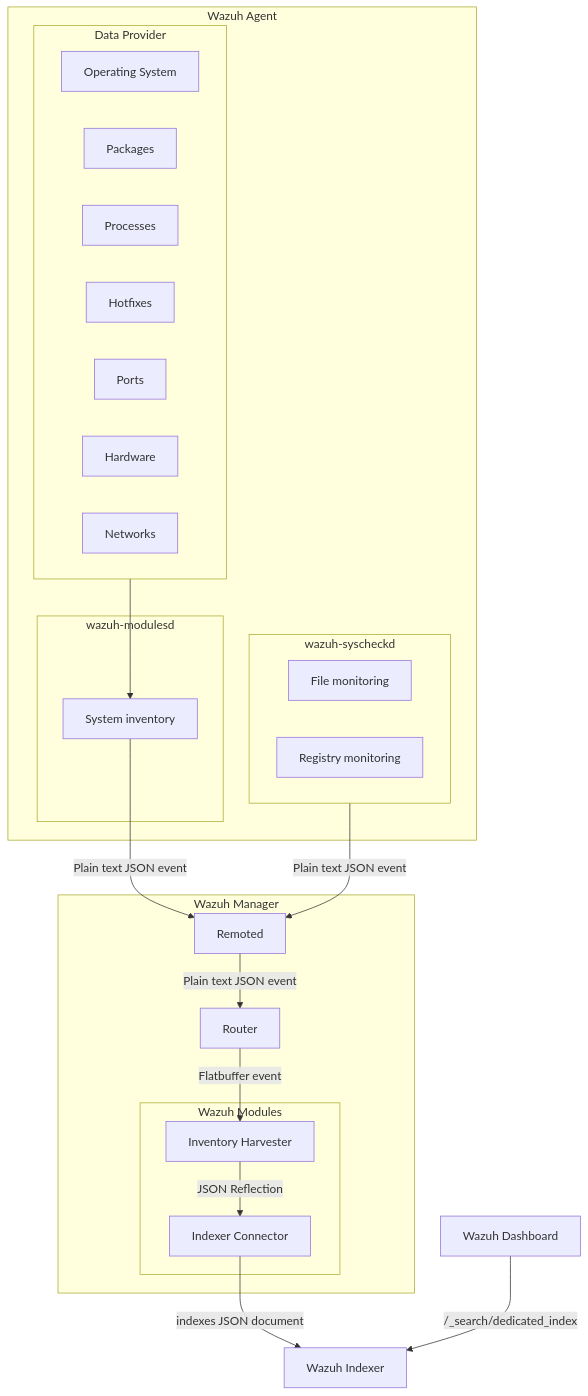
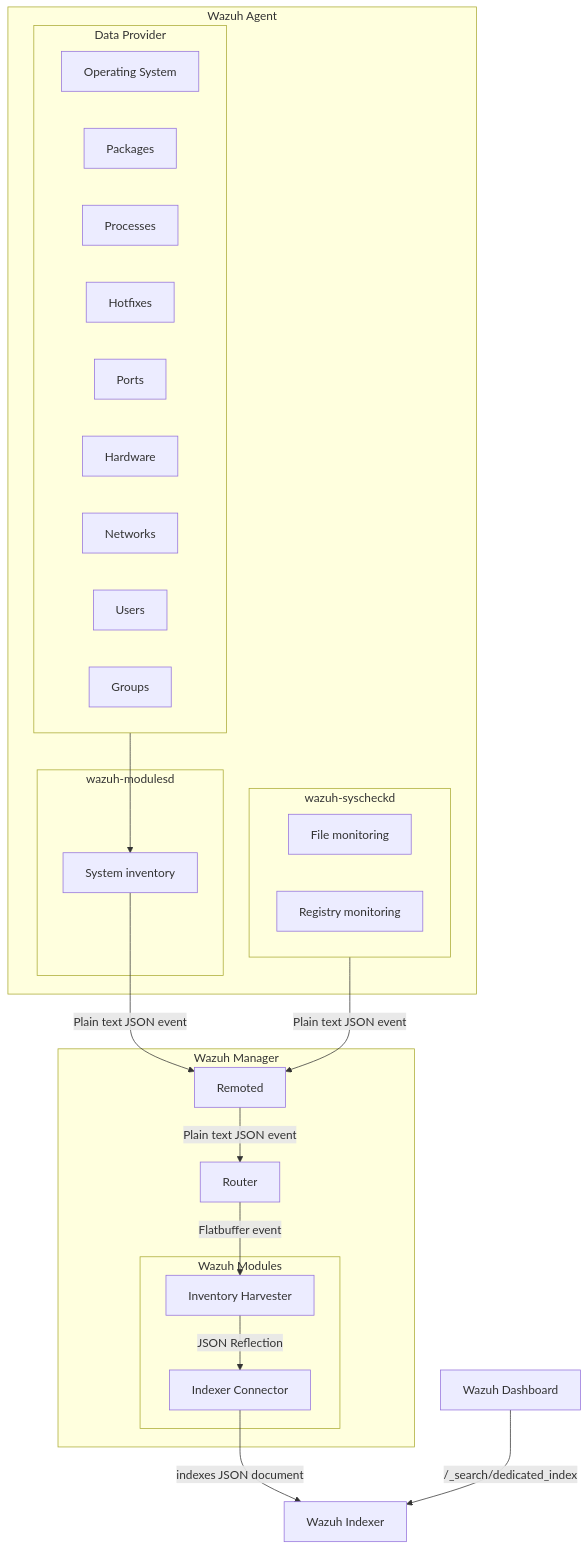
One commit to wazuh/wazuh changed the diagram in docs/ref/modules/inventory-harvester/architecture.md. Above: the diagram before and after it, drawn with Mermaid. The commit also changed 4 other files, not shown here.

````diff
--- a/docs/ref/modules/inventory-harvester/architecture.md
+++ b/docs/ref/modules/inventory-harvester/architecture.md
@@ -42,39 +42,41 @@
 ```mermaid
 flowchart TD
 
 subgraph WazuhManager["Wazuh Manager"]
   Remoted["Remoted"]
   subgraph WazuhModulesM["Wazuh Modules"]
     InventoryHarvester["Inventory Harvester"]
     IndexerConnector["Indexer Connector"]
     InventoryHarvester -- "JSON Reflection" --> IndexerConnector
   end
   Remoted -- "Plain text JSON event" --> Router
   Router -- "Flatbuffer event" --> InventoryHarvester
 end
 IndexerConnector -- indexes JSON document --> WazuhIndexer
 subgraph WazuhAgent["Wazuh Agent"]
   subgraph Providers["Data Provider"]
     OS["Operating System"]
     Packages["Packages"]
     Processes["Processes"]
     Hotfixes["Hotfixes"]
     Ports["Ports"]
     Hardware["Hardware"]
     Network["Networks"]
+    Users["Users"]
+    Groups["Groups"]
   end
   subgraph WazuhModulesA["wazuh-modulesd"]
     SystemInventory["System inventory"]
   end
   subgraph Syscheckd["wazuh-syscheckd"]
     FileM["File monitoring"]
     RegistryM["Registry monitoring"]
   end
   Syscheckd -- "Plain text JSON event" --> Remoted
   SystemInventory -- "Plain text JSON event" --> Remoted
 end
 Providers --> SystemInventory
 WazuhIndexer["Wazuh Indexer"]
 WazuhDashboard["Wazuh Dashboard"]
 WazuhDashboard -- /_search/dedicated_index --> WazuhIndexer
 ```
````
